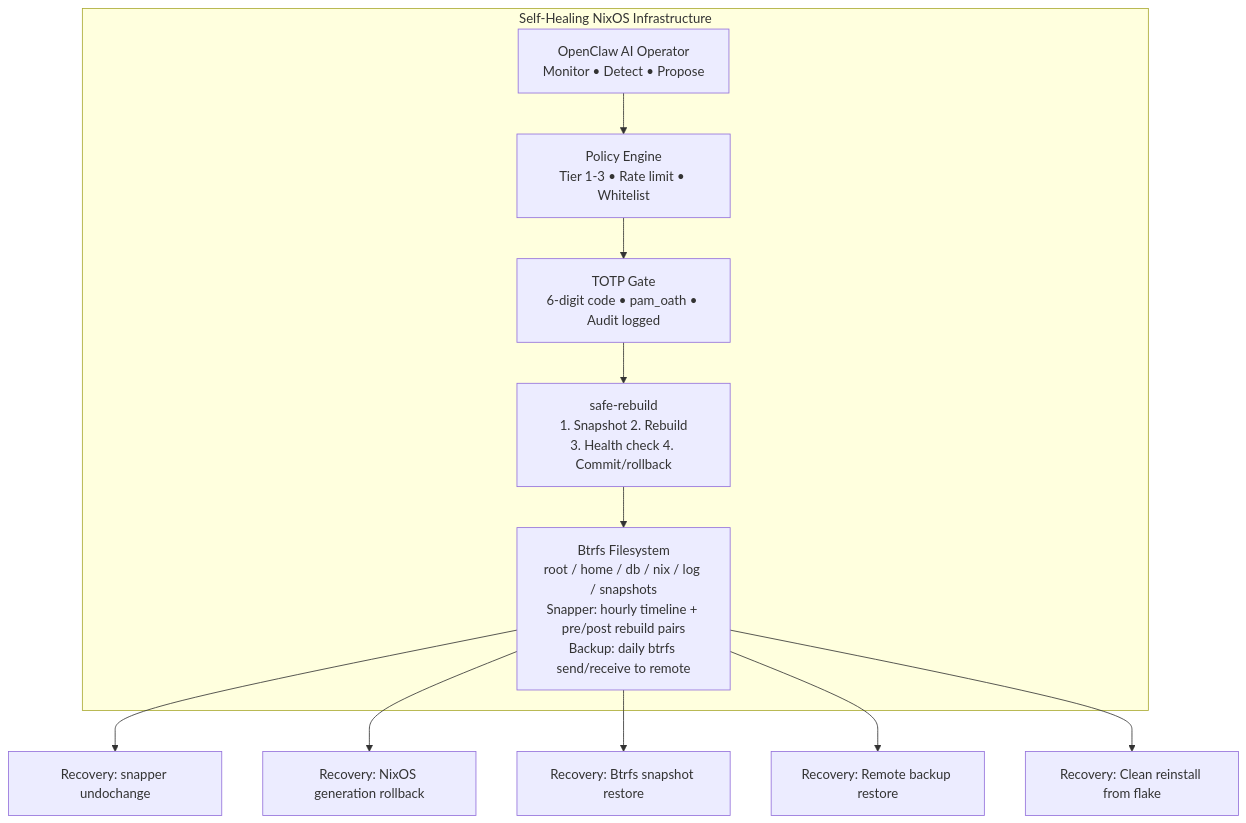
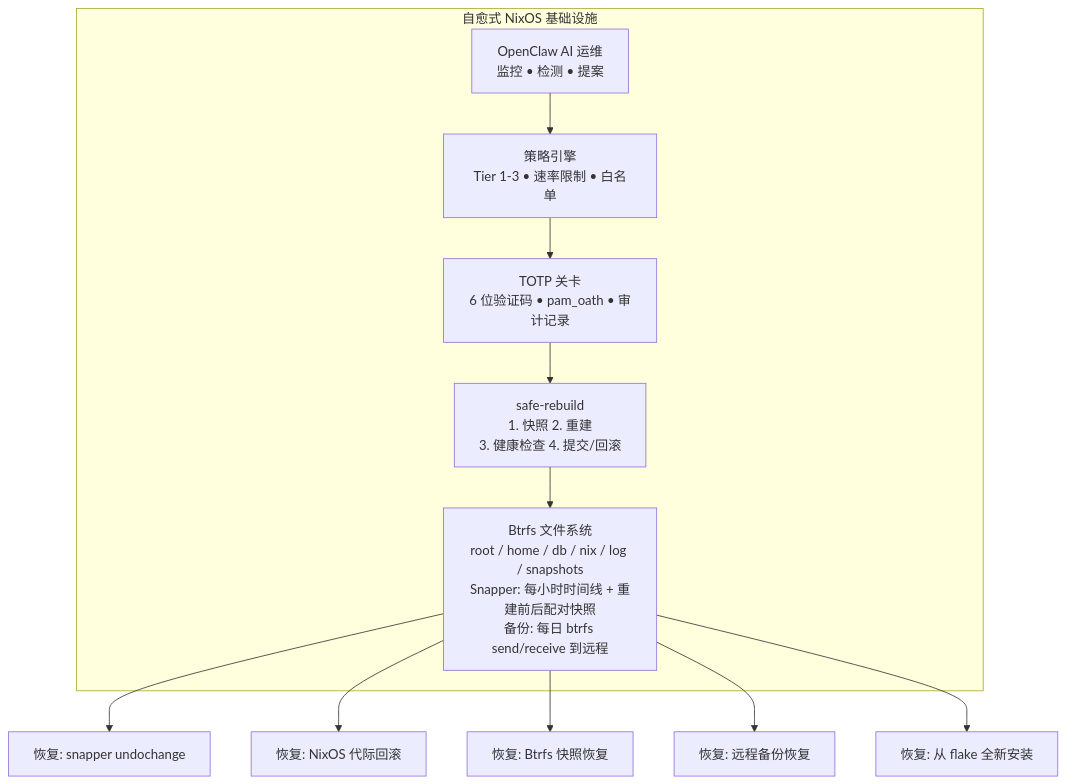
One commit to stars-labs/self-healing-nixos-infra changed the second of 2 diagrams in i18n/zh/docusaurus-plugin-content-docs/current/09-ai-safety-and-rollback.md. Above: the diagram before and after it, drawn with Mermaid. The commit also changed other lines of this file and 8 other files, not shown here.

````diff
--- a/i18n/zh/docusaurus-plugin-content-docs/current/09-ai-safety-and-rollback.md
+++ b/i18n/zh/docusaurus-plugin-content-docs/current/09-ai-safety-and-rollback.md
@@ -380,15 +380,15 @@
 ```mermaid
 flowchart TB
-    subgraph Infra["Self-Healing NixOS Infrastructure"]
-        OC["OpenClaw AI Operator<br/>Monitor • Detect • Propose"] --> PE["Policy Engine<br/>Tier 1-3 • Rate limit • Whitelist"]
-        PE --> TG["TOTP Gate<br/>6-digit code • pam_oath • Audit logged"]
-        TG --> SR["safe-rebuild<br/>1. Snapshot 2. Rebuild<br/>3. Health check 4. Commit/rollback"]
-        SR --> BF["Btrfs Filesystem<br/>root / home / db / nix / log / snapshots<br/>Snapper: hourly timeline + pre/post rebuild pairs<br/>Backup: daily btrfs send/receive to remote"]
+    subgraph Infra["自愈式 NixOS 基础设施"]
+        OC["OpenClaw AI 运维<br/>监控 • 检测 • 提案"] --> PE["策略引擎<br/>Tier 1-3 • 速率限制 • 白名单"]
+        PE --> TG["TOTP 关卡<br/>6 位验证码 • pam_oath • 审计记录"]
+        TG --> SR["safe-rebuild<br/>1. 快照 2. 重建<br/>3. 健康检查 4. 提交/回滚"]
+        SR --> BF["Btrfs 文件系统<br/>root / home / db / nix / log / snapshots<br/>Snapper: 每小时时间线 + 重建前后配对快照<br/>备份: 每日 btrfs send/receive 到远程"]
     end
 
-    BF --> R1["Recovery: snapper undochange"]
-    BF --> R2["Recovery: NixOS generation rollback"]
-    BF --> R3["Recovery: Btrfs snapshot restore"]
-    BF --> R4["Recovery: Remote backup restore"]
-    BF --> R5["Recovery: Clean reinstall from flake"]
+    BF --> R1["恢复: snapper undochange"]
+    BF --> R2["恢复: NixOS 代际回滚"]
+    BF --> R3["恢复: Btrfs 快照恢复"]
+    BF --> R4["恢复: 远程备份恢复"]
+    BF --> R5["恢复: 从 flake 全新安装"]
 ```
````
